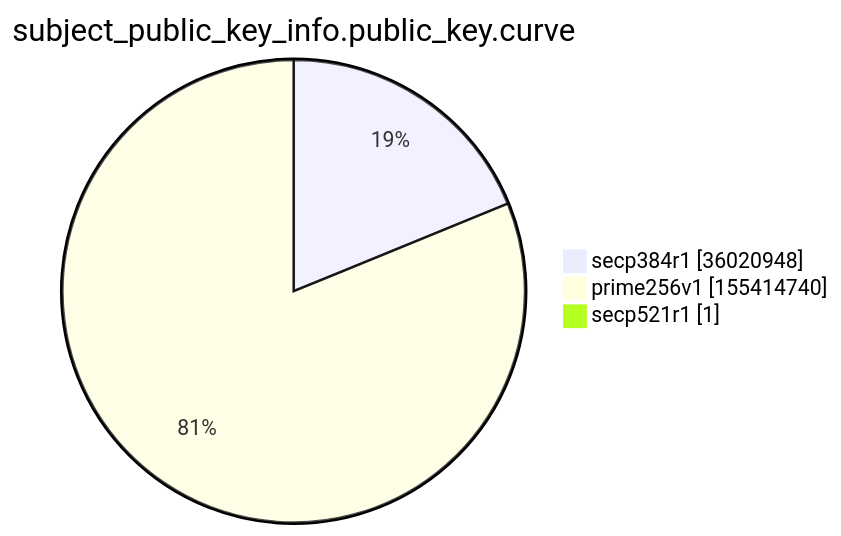
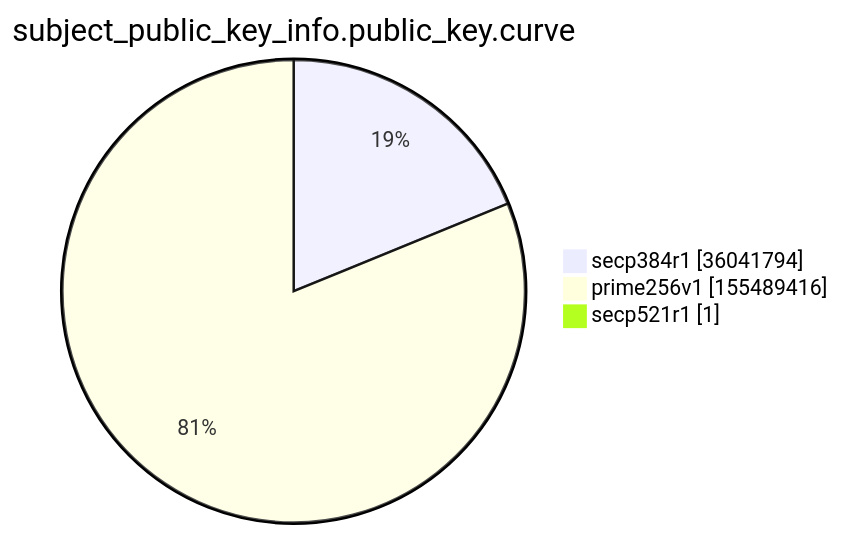
The ninth of 15 diagrams in argon2022/README.md (christiankrug/ctmonitor_visualization), drawn with Mermaid before and after one commit. The commit also changed other lines of this file, not shown here.

````diff
--- a/argon2022/README.md
+++ b/argon2022/README.md
@@ -2766,7 +2766,7 @@
 ```mermaid
 pie showData
 title subject_public_key_info.public_key.curve
-"secp384r1" :36020948
-"prime256v1" :155414740
+"secp384r1" :36041794
+"prime256v1" :155489416
 "secp521r1" :1
 ```
````
